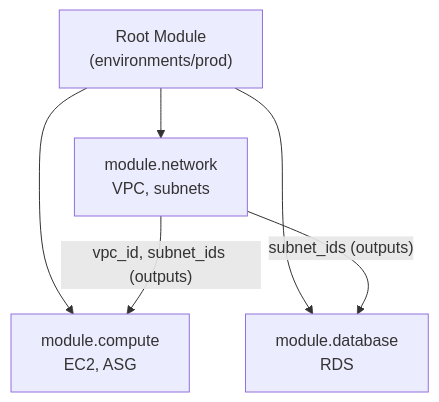
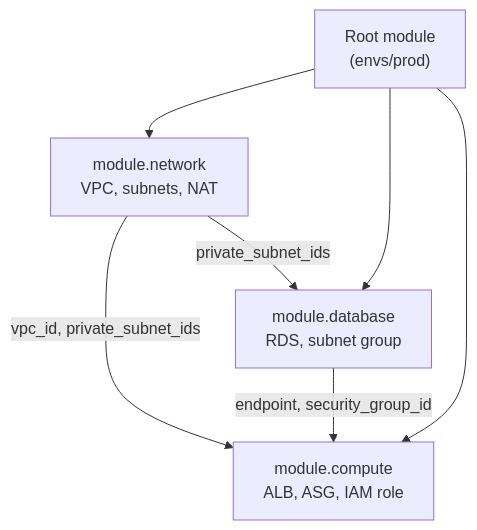
The fourth of 4 diagrams in github-pages/docs/technology/terraform/state-modules.md (AndrewAltimit/Documentation), drawn with Mermaid before and after one commit. The commit also changed other lines of this file and 240 other files, not shown here.

````diff
--- a/github-pages/docs/technology/terraform/state-modules.md
+++ b/github-pages/docs/technology/terraform/state-modules.md
@@ -404,9 +491,10 @@
 ```mermaid
 flowchart TB
-    Root["Root Module<br/>(environments/prod)"]
-    Root --> Net["module.network<br/>VPC, subnets"]
-    Root --> Comp["module.compute<br/>EC2, ASG"]
-    Root --> DB["module.database<br/>RDS"]
-    Net -->|"vpc_id, subnet_ids (outputs)"| Comp
-    Net -->|"subnet_ids (outputs)"| DB
+    Root["Root module<br/>(envs/prod)"]
+    Root --> Net["module.network<br/>VPC, subnets, NAT"]
+    Root --> DB["module.database<br/>RDS, subnet group"]
+    Root --> Comp["module.compute<br/>ALB, ASG, IAM role"]
+    Net -->|"vpc_id, private_subnet_ids"| Comp
+    Net -->|"private_subnet_ids"| DB
+    DB -->|"endpoint, security_group_id"| Comp
 ```
````
